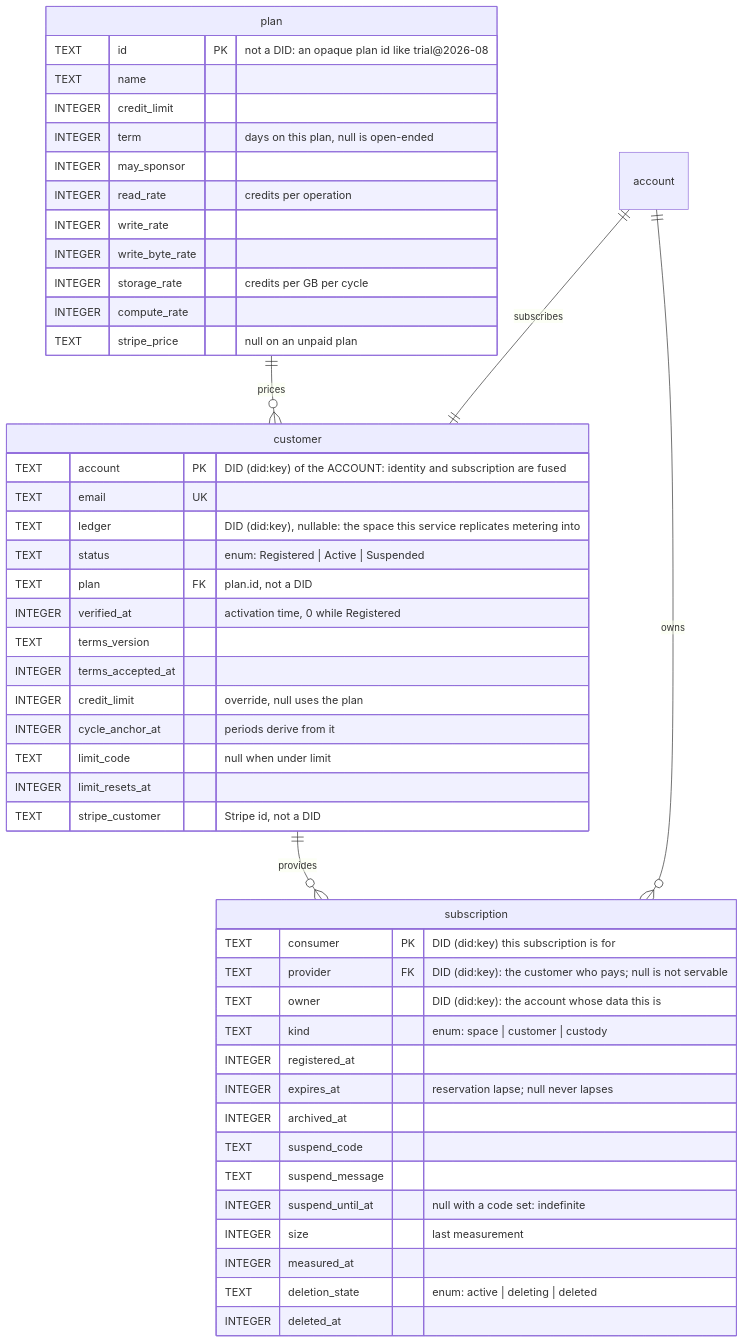
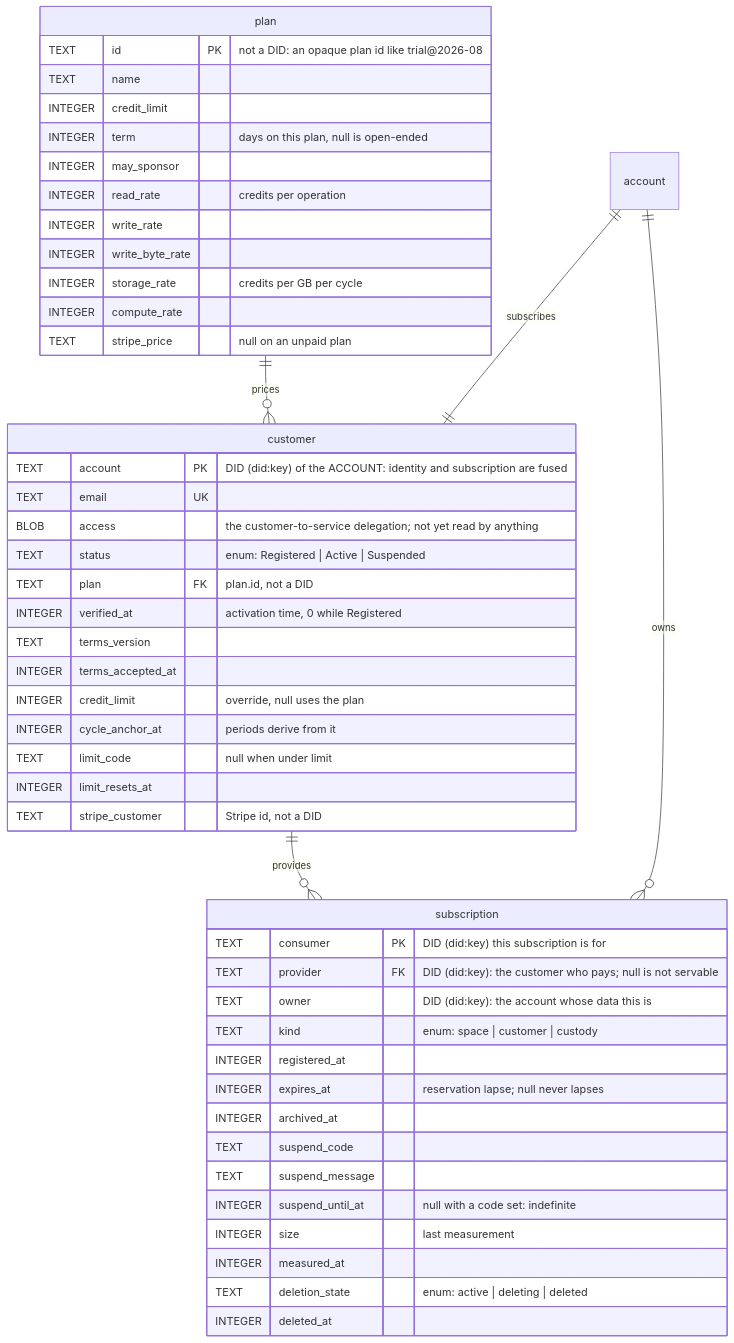
One commit to tonk-labs/tonk changed the first of 3 diagrams in docs/access-control-schema.md. Above: the diagram before and after it, drawn with Mermaid. The commit also changed 2 other files, not shown here.

Commit message:
test(access): fail when the schema document drifts
The ER diagram carried a `ledger` column no migration creates and
omitted the `access` one that does. A skill said to keep it in step,
which did not survive a rename.

The test applies every migration to an in-memory database and compares
the result against the diagram, so a missing or invented column is a red
test rather than something a reader has to notice.

````diff
--- a/docs/access-control-schema.md
+++ b/docs/access-control-schema.md
@@ -13,54 +13,54 @@
 ```mermaid
 erDiagram
     plan ||--o{ customer : prices
     account ||--|| customer : subscribes
     customer ||--o{ subscription : provides
     account ||--o{ subscription : owns
 
     plan {
         TEXT id PK "not a DID: an opaque plan id like trial@2026-08"
         TEXT name
         INTEGER credit_limit
         INTEGER term "days on this plan, null is open-ended"
         INTEGER may_sponsor
         INTEGER read_rate "credits per operation"
         INTEGER write_rate
         INTEGER write_byte_rate
         INTEGER storage_rate "credits per GB per cycle"
         INTEGER compute_rate
         TEXT stripe_price "null on an unpaid plan"
     }
 
     customer {
         TEXT account PK "DID (did:key) of the ACCOUNT: identity and subscription are fused"
         TEXT email UK
-        TEXT ledger "DID (did:key), nullable: the space this service replicates metering into"
+        BLOB access "the customer-to-service delegation; not yet read by anything"
         TEXT status "enum: Registered | Active | Suspended"
         TEXT plan FK "plan.id, not a DID"
         INTEGER verified_at "activation time, 0 while Registered"
         TEXT terms_version
         INTEGER terms_accepted_at
         INTEGER credit_limit "override, null uses the plan"
         INTEGER cycle_anchor_at "periods derive from it"
         TEXT limit_code "null when under limit"
         INTEGER limit_resets_at
         TEXT stripe_customer "Stripe id, not a DID"
     }
 
     subscription {
         TEXT consumer PK "DID (did:key) this subscription is for"
         TEXT provider FK "DID (did:key): the customer who pays; null is not servable"
         TEXT owner "DID (did:key): the account whose data this is"
         TEXT kind "enum: space | customer | custody"
         INTEGER registered_at
         INTEGER expires_at "reservation lapse; null never lapses"
         INTEGER archived_at
         TEXT suspend_code
         TEXT suspend_message
         INTEGER suspend_until_at "null with a code set: indefinite"
         INTEGER size "last measurement"
         INTEGER measured_at
         TEXT deletion_state "enum: active | deleting | deleted"
         INTEGER deleted_at
     }
 ```
````
